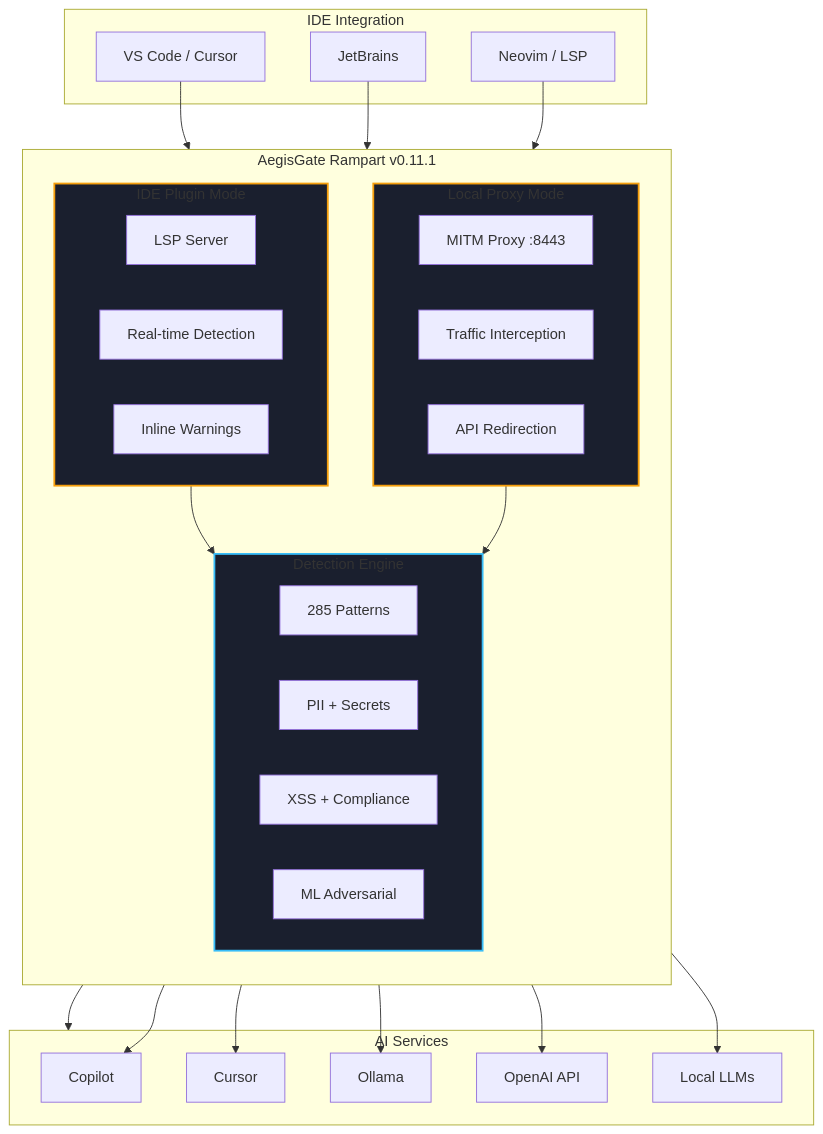
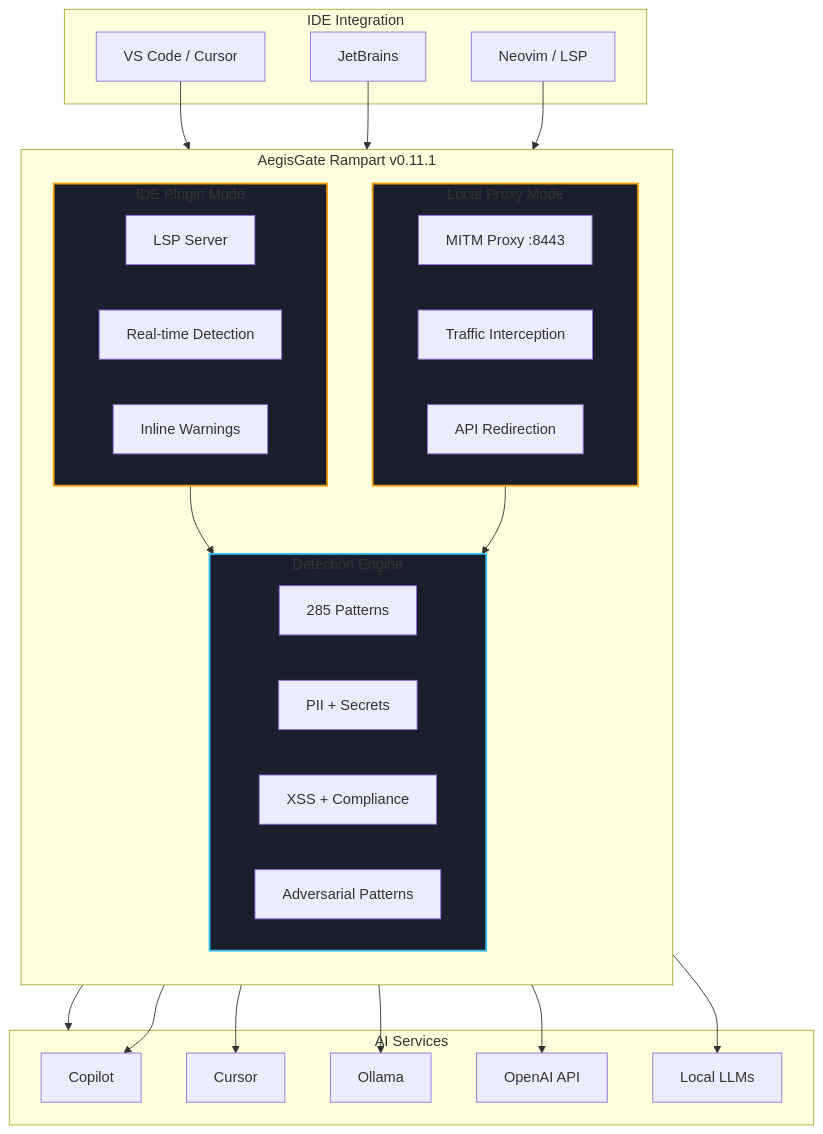
The first of 3 diagrams in content/rampart/_index.md (aegisgatesecurity/aegisgate-site), drawn with Mermaid before and after one commit. The commit also changed other lines of this file and 42 other files, not shown here.

```diff
--- a/content/rampart/_index.md
+++ b/content/rampart/_index.md
@@ -82,57 +82,57 @@
 {{< mermaid >}}
 flowchart TD
     subgraph IDE["IDE Integration"]
         VS[VS Code / Cursor]
         JB[JetBrains]
         NV[Neovim / LSP]
     end
 
     subgraph Rampart["AegisGate Rampart v0.11.1"]
         direction TB
         
         subgraph PluginMode["IDE Plugin Mode"]
             PM1[LSP Server]
             PM2[Real-time Detection]
             PM3[Inline Warnings]
         end
         
         subgraph ProxyMode["Local Proxy Mode"]
             PX1[MITM Proxy :8443]
             PX2[Traffic Interception]
             PX3[API Redirection]
         end
         
         subgraph Engine["Detection Engine"]
             E1[285 Patterns]
             E2[PII + Secrets]
             E3[XSS + Compliance]
-            E4[ML Adversarial]
+            E4[Adversarial Patterns]
         end
     end
 
     subgraph AI["AI Services"]
         A[Copilot]
         B[Cursor]
         C[Ollama]
         D[OpenAI API]
         E[Local LLMs]
     end
 
     VS --> PluginMode
     JB --> PluginMode
     NV --> PluginMode
     
     PluginMode --> Engine
     ProxyMode --> Engine
     
     PluginMode --> AI
     ProxyMode --> A
     ProxyMode --> B
     ProxyMode --> C
     ProxyMode --> D
     ProxyMode --> E
 
     style PluginMode fill:#1a1f2e,stroke:#f59e0b,stroke-width:2px
     style ProxyMode fill:#1a1f2e,stroke:#f59e0b,stroke-width:2px
     style Engine fill:#1a1f2e,stroke:#38bdf8,stroke-width:2px
 {{< /mermaid >}}
```
